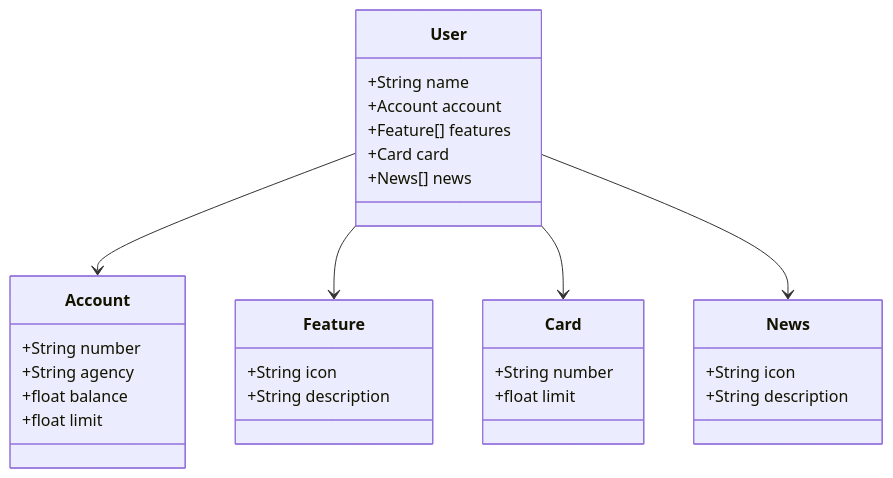
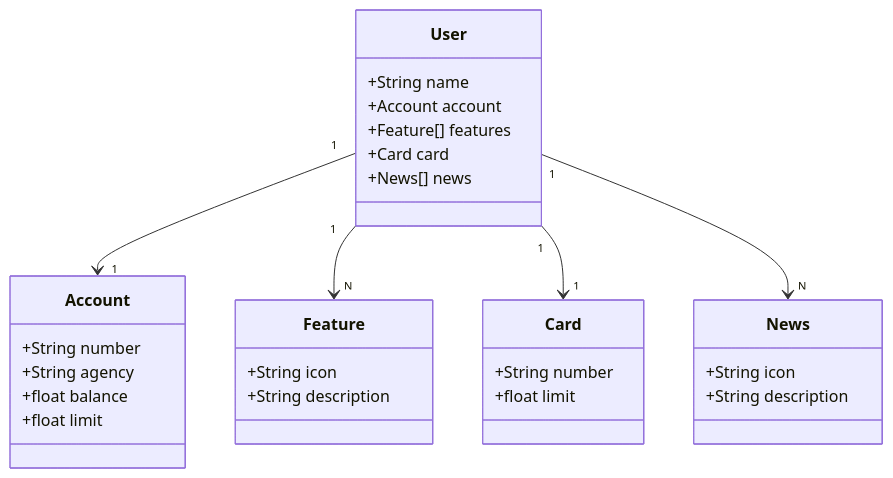
One commit to Dariofelip/demo changed the diagram in README.md. Above: the diagram before and after it, drawn with Mermaid.

````diff
--- a/README.md
+++ b/README.md
@@ -6,37 +6,37 @@
 ```mermaid
 classDiagram
     class User {
         +String name
         +Account account
         +Feature[] features
         +Card card
         +News[] news
     }
 
     class Account {
         +String number
         +String agency
         +float balance
         +float limit
     }
 
     class Feature {
         +String icon
         +String description
     }
 
     class Card {
         +String number
         +float limit
     }
 
     class News {
         +String icon
         +String description
     }
 
-    User --> Account
-    User --> Feature
-    User --> Card
-    User --> News
+    User "1" --> "1" Account
+    User "1" --> "N" Feature
+    User "1" --> "1" Card
+    User "1" --> "N" News
 ```
````
